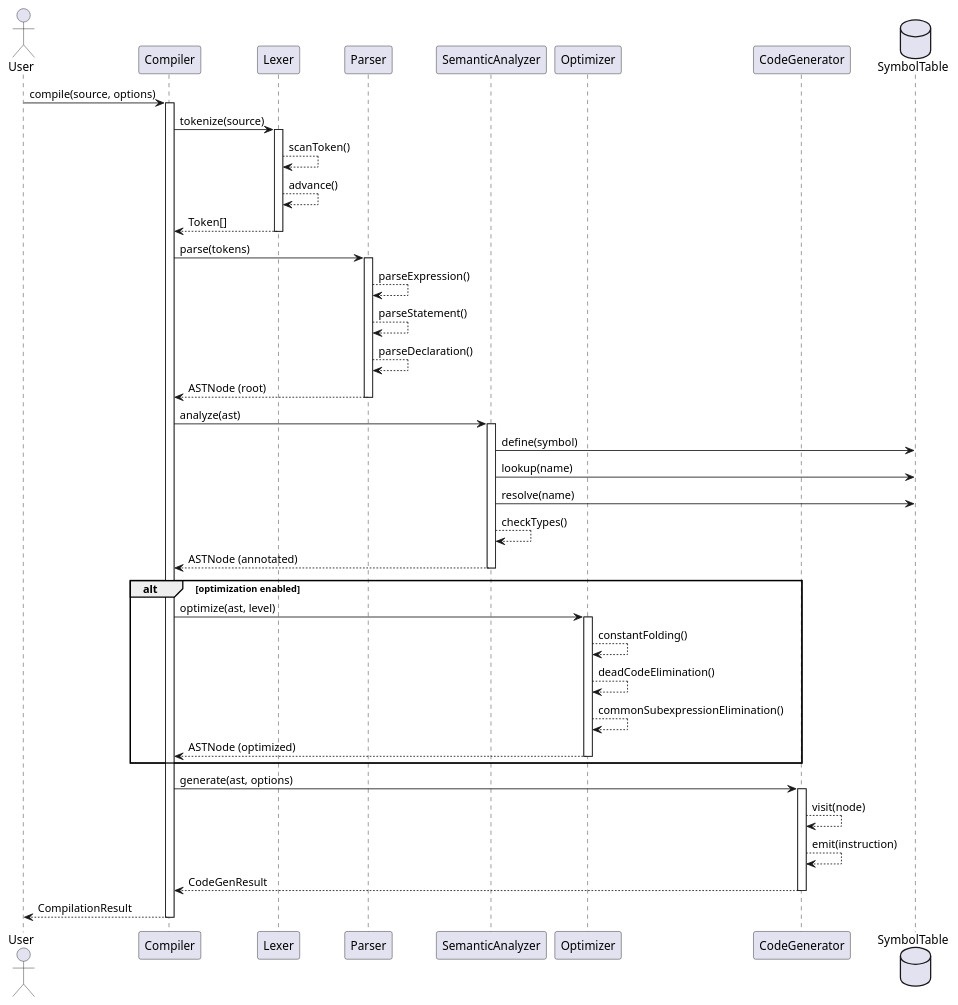
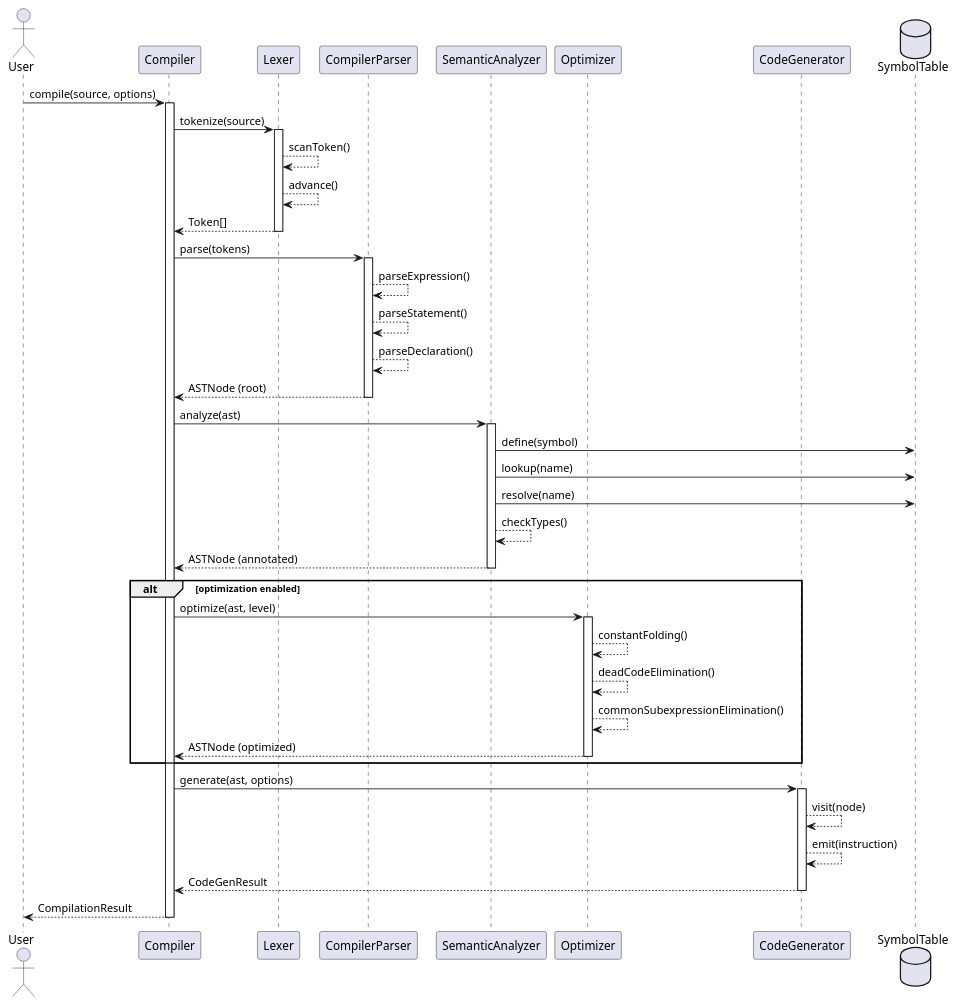
The fourth of 8 diagrams in compilers/UML.md (UIMSolutions/uim-framework), drawn with PlantUML before and after one commit. The commit also changed other lines of this file and 19 other files, not shown here.

Commit message:
feat(compilers): rename Parser to CompilerParser for clarity and update related references

````diff
--- a/compilers/UML.md
+++ b/compilers/UML.md
@@ -380,61 +380,61 @@
 ```plantuml
 @startuml Compilation_Pipeline
 
 actor User
 participant Compiler
 participant Lexer
-participant Parser
+participant CompilerParser
 participant SemanticAnalyzer
 participant Optimizer
 participant CodeGenerator
 database SymbolTable
 
 User -> Compiler: compile(source, options)
 activate Compiler
 
 Compiler -> Lexer: tokenize(source)
 activate Lexer
 Lexer --> Lexer: scanToken()
 Lexer --> Lexer: advance()
 Lexer --> Compiler: Token[]
 deactivate Lexer
 
-Compiler -> Parser: parse(tokens)
-activate Parser
-Parser --> Parser: parseExpression()
-Parser --> Parser: parseStatement()
-Parser --> Parser: parseDeclaration()
-Parser --> Compiler: ASTNode (root)
-deactivate Parser
+Compiler -> CompilerParser: parse(tokens)
+activate CompilerParser
+CompilerParser --> CompilerParser: parseExpression()
+CompilerParser --> CompilerParser: parseStatement()
+CompilerParser --> CompilerParser: parseDeclaration()
+CompilerParser --> Compiler: ASTNode (root)
+deactivate CompilerParser
 
 Compiler -> SemanticAnalyzer: analyze(ast)
 activate SemanticAnalyzer
 SemanticAnalyzer -> SymbolTable: define(symbol)
 SemanticAnalyzer -> SymbolTable: lookup(name)
 SemanticAnalyzer -> SymbolTable: resolve(name)
 SemanticAnalyzer --> SemanticAnalyzer: checkTypes()
 SemanticAnalyzer --> Compiler: ASTNode (annotated)
 deactivate SemanticAnalyzer
 
 alt optimization enabled
   Compiler -> Optimizer: optimize(ast, level)
   activate Optimizer
   Optimizer --> Optimizer: constantFolding()
   Optimizer --> Optimizer: deadCodeElimination()
   Optimizer --> Optimizer: commonSubexpressionElimination()
   Optimizer --> Compiler: ASTNode (optimized)
   deactivate Optimizer
 end
 
 Compiler -> CodeGenerator: generate(ast, options)
 activate CodeGenerator
 CodeGenerator --> CodeGenerator: visit(node)
 CodeGenerator --> CodeGenerator: emit(instruction)
 CodeGenerator --> Compiler: CodeGenResult
 deactivate CodeGenerator
 
 Compiler --> User: CompilationResult
 deactivate Compiler
 
 @enduml
 ```
````
